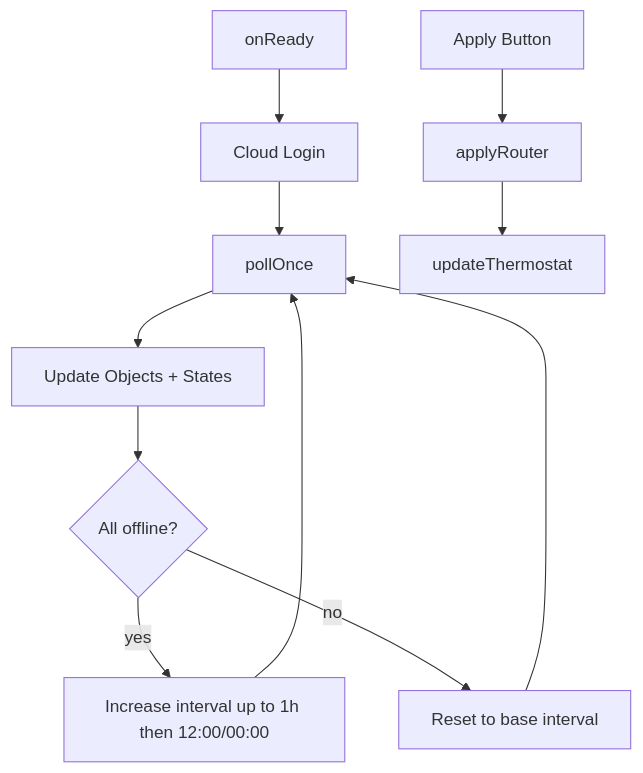
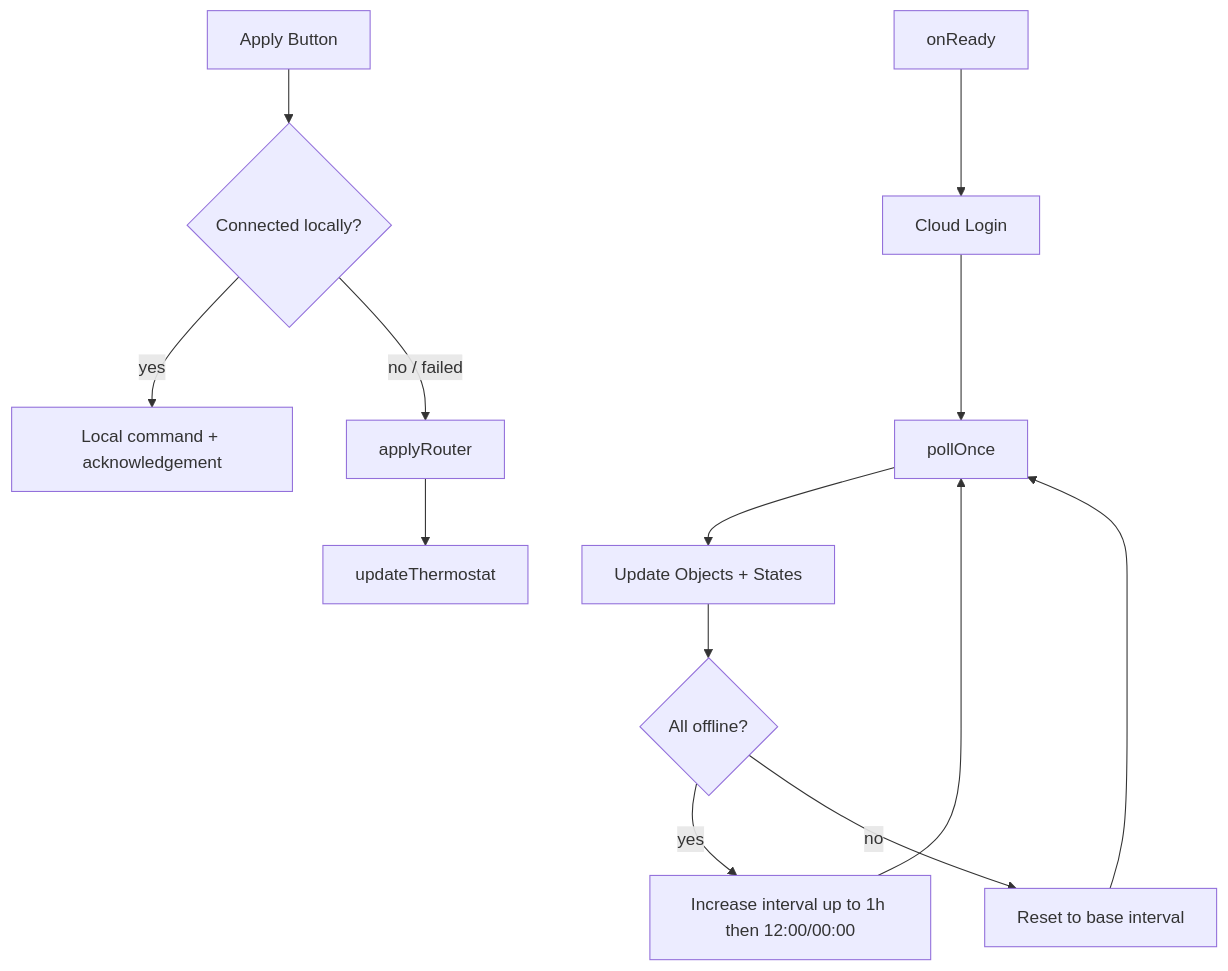
Before and after one commit to ioBroker/ioBroker.docs: the second of 2 diagrams in docs/de/adapterref/iobroker.schlueter-thermostat/README.md, drawn with Mermaid. The commit also changed other lines of this file and 797 other files, not shown here.

````diff
--- a/docs/de/adapterref/iobroker.schlueter-thermostat/README.md
+++ b/docs/de/adapterref/iobroker.schlueter-thermostat/README.md
@@ -89,14 +96,16 @@
 ```mermaid
 flowchart TB
   READY[onReady] --> LOGIN[Cloud Login]
   LOGIN --> POLL[pollOnce]
   POLL --> UPSERT[Update Objects + States]
   UPSERT --> BACKOFF{All offline?}
   BACKOFF -- yes --> INC[Increase interval up to 1h then 12:00/00:00]
   BACKOFF -- no --> RESET[Reset to base interval]
   INC --> POLL
   RESET --> POLL
 
-  APPLYBTN[Apply Button] --> ROUTER[applyRouter]
+  APPLYBTN[Apply Button] --> LOCAL{Connected locally?}
+  LOCAL -- yes --> CMD[Local command + acknowledgement]
+  LOCAL -- no / failed --> ROUTER[applyRouter]
   ROUTER --> API[updateThermostat]
 ```
````
